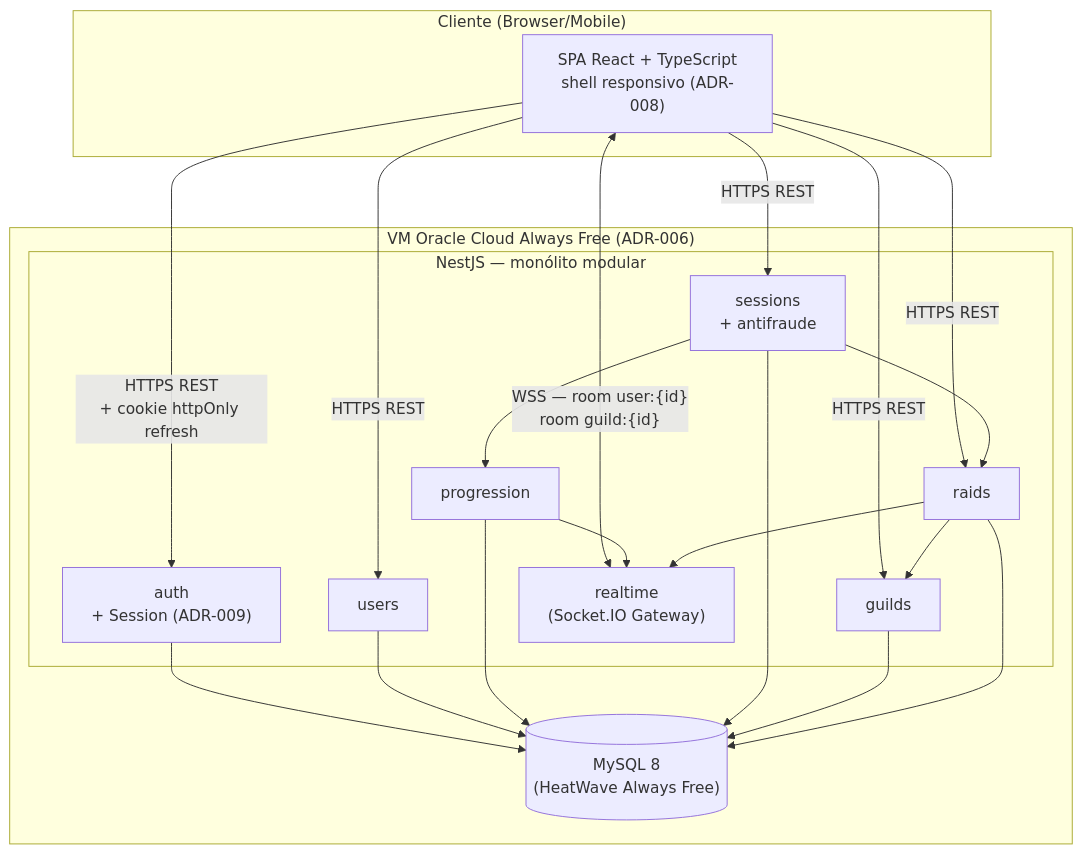
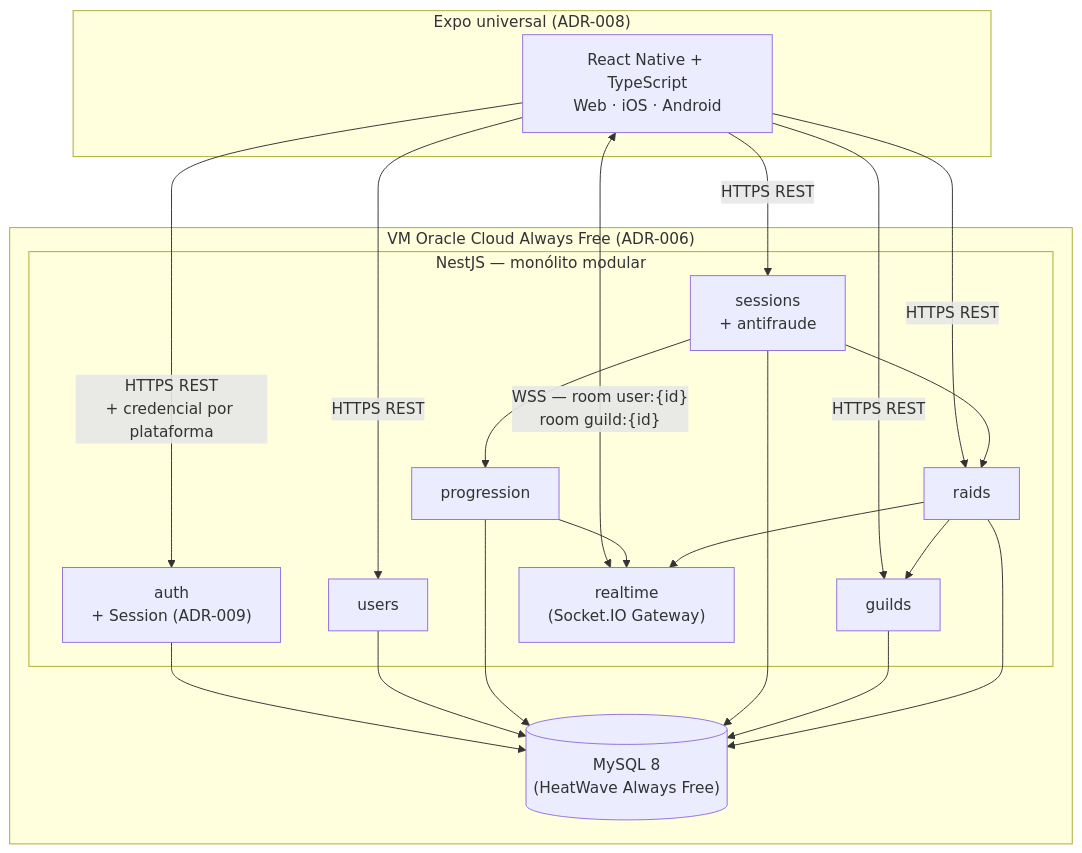
One commit to MatheusSales2773/wise-warrior changed the diagram in docs/PRD.md. Above: the diagram before and after it, drawn with Mermaid. The commit also changed other lines of this file and 2 other files, not shown here.

Commit message:
docs: design universal Expo frontend

````diff
--- a/docs/PRD.md
+++ b/docs/PRD.md
@@ -245,39 +257,39 @@
 ```mermaid
 graph TD
-    subgraph Client["Cliente (Browser/Mobile)"]
-        SPA["SPA React + TypeScript<br/>shell responsivo (ADR-008)"]
+    subgraph Client["Expo universal (ADR-008)"]
+        SPA["React Native + TypeScript<br/>Web · iOS · Android"]
     end
 
     subgraph VM["VM Oracle Cloud Always Free (ADR-006)"]
         subgraph Nest["NestJS — monólito modular"]
             Auth["auth<br/>+ Session (ADR-009)"]
             Users["users"]
             Prog["progression"]
             Sess["sessions<br/>+ antifraude"]
             Guilds["guilds"]
             Raids["raids"]
             RT["realtime<br/>(Socket.IO Gateway)"]
         end
         MySQL[("MySQL 8<br/>(HeatWave Always Free)")]
     end
 
-    SPA -->|"HTTPS REST<br/>+ cookie httpOnly refresh"| Auth
+    SPA -->|"HTTPS REST<br/>+ credencial por plataforma"| Auth
     SPA -->|"HTTPS REST"| Users
     SPA -->|"HTTPS REST"| Sess
     SPA -->|"HTTPS REST"| Guilds
     SPA -->|"HTTPS REST"| Raids
     SPA <-->|"WSS — room user:{id}<br/>room guild:{id}"| RT
 
     Sess --> Prog
     Sess --> Raids
     Raids --> Guilds
     Prog --> RT
     Raids --> RT
 
     Auth --> MySQL
     Users --> MySQL
     Prog --> MySQL
     Sess --> MySQL
     Guilds --> MySQL
     Raids --> MySQL
 ```
````
